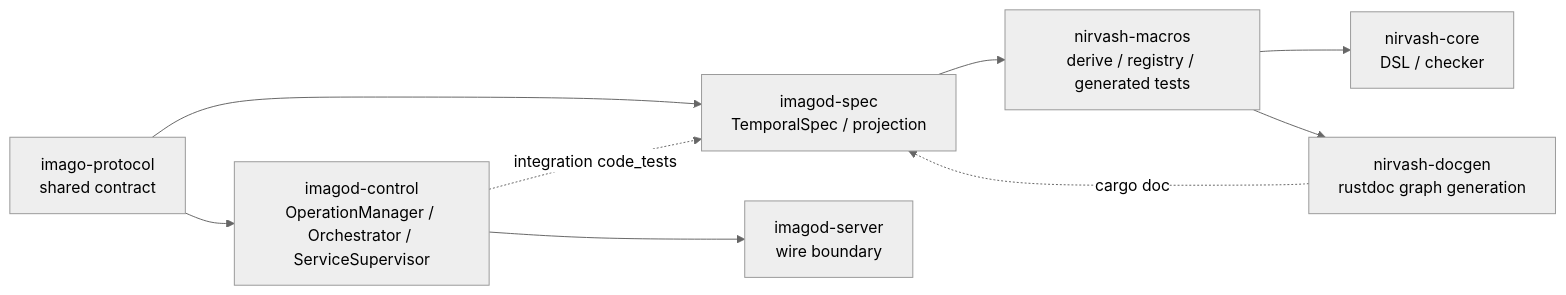
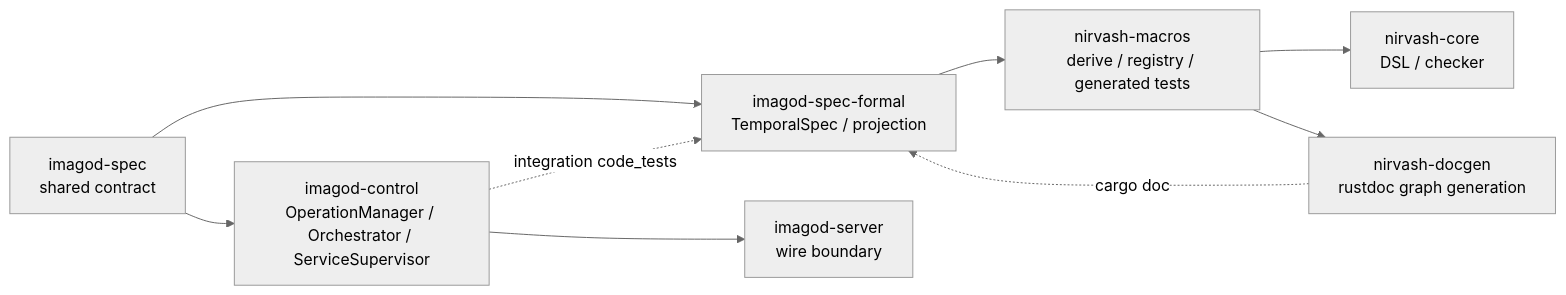
One commit to yieldspace/imago changed the first of 5 diagrams in docs/nirvash-and-imagod-control.md. Above: the diagram before and after it, drawn with Mermaid (neutral theme). The commit also changed other lines of this file and 125 other files, not shown here.

Commit message:
Split formal specs from imagod-spec

````diff
--- a/docs/nirvash-and-imagod-control.md
+++ b/docs/nirvash-and-imagod-control.md
@@ -8,11 +8,11 @@
 ```mermaid
 flowchart LR
-    A["imago-protocol<br/>shared contract"] --> B["imagod-spec<br/>TemporalSpec / projection"]
+    A["imagod-spec<br/>shared contract"] --> B["imagod-spec-formal<br/>TemporalSpec / projection"]
     B --> C["nirvash-macros<br/>derive / registry / generated tests"]
     C --> D["nirvash-core<br/>DSL / checker"]
     C --> E["nirvash-docgen<br/>rustdoc graph generation"]
     A --> F["imagod-control<br/>OperationManager / Orchestrator / ServiceSupervisor"]
     F --> G["imagod-server<br/>wire boundary"]
     F -. "integration code_tests" .-> B
     E -. "cargo doc" .-> B
 ```
````
